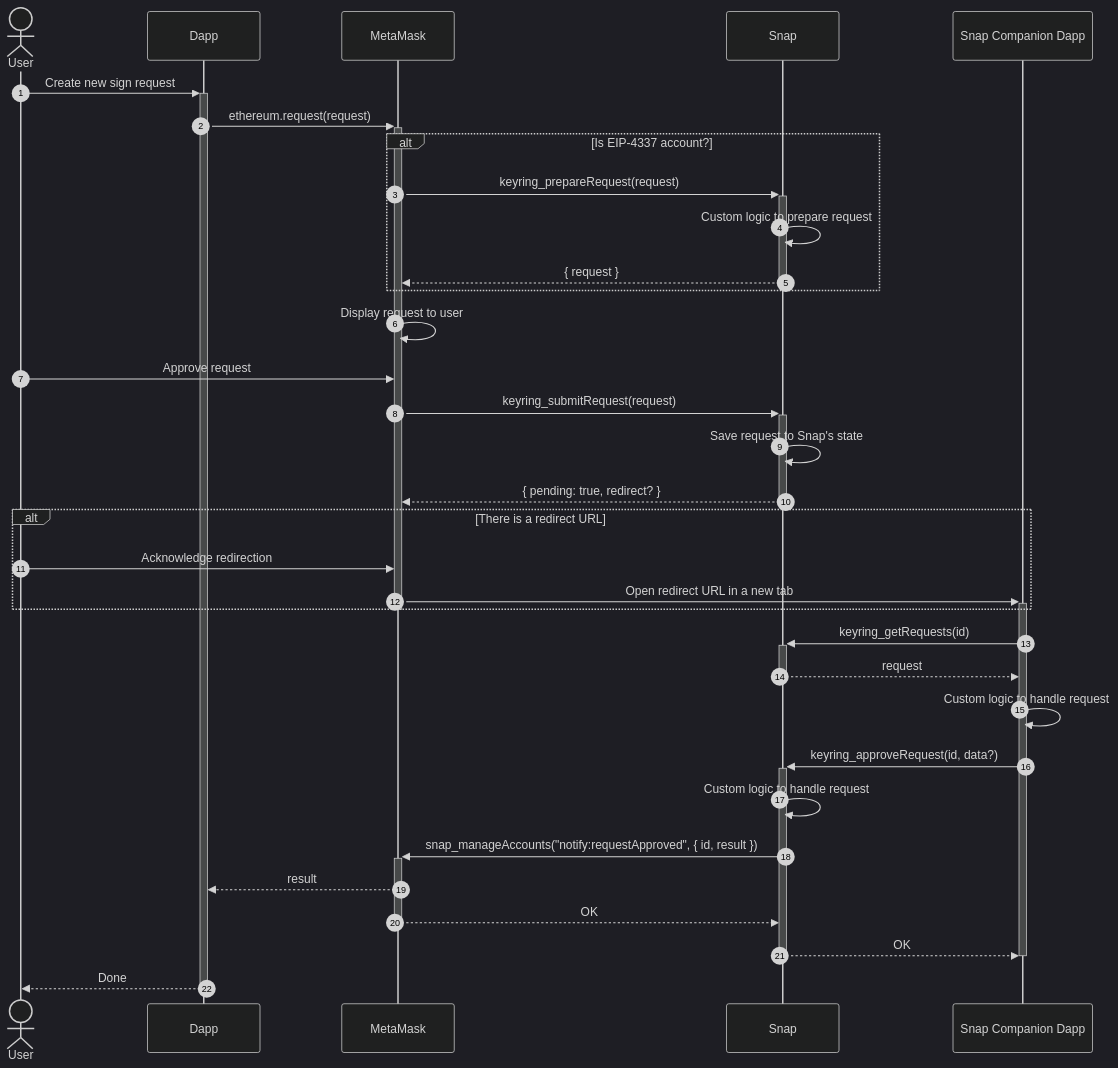
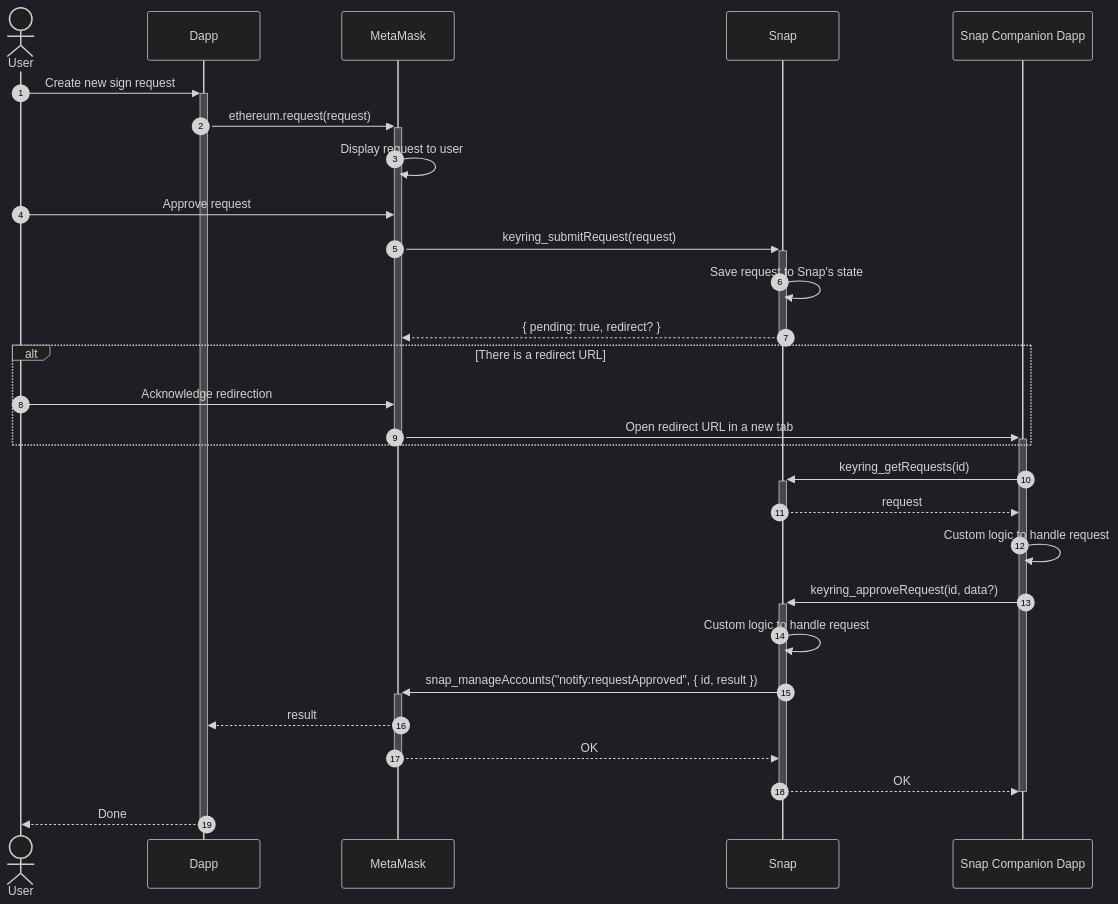
Before and after one commit to MetaMask/keyring-api: the fifth of 6 diagrams in docs/architecture.md, drawn with Mermaid (dark theme). The commit also changed other lines of this file and 2 other files, not shown here.

````diff
--- a/docs/architecture.md
+++ b/docs/architecture.md
@@ -154,44 +154,39 @@
 ```mermaid
 sequenceDiagram
 autonumber
 
 actor User
 participant Dapp
 participant MetaMask
 participant Snap
 participant Site as Snap Companion Dapp
 
 User ->>+ Dapp: Create new sign request
 Dapp ->>+ MetaMask: ethereum.request(request)
-alt Is EIP-4337 account?
-  MetaMask ->>+ Snap: keyring_prepareRequest(request)
-  Snap ->> Snap: Custom logic to prepare request
-  Snap -->>- MetaMask: { request }
-end
 MetaMask ->> MetaMask: Display request to user
 User ->> MetaMask: Approve request
 
 MetaMask ->>+ Snap: keyring_submitRequest(request)
 Snap ->> Snap: Save request to Snap's state
 Snap -->>- MetaMask: { pending: true, redirect? }
 alt There is a redirect URL
   User ->> MetaMask: Acknowledge redirection
   MetaMask ->>+ Site: Open redirect URL in a new tab
 end
 deactivate MetaMask
 
 Site ->>+ Snap: keyring_getRequests(id)
 Snap -->>- Site: request
 
 Site ->> Site: Custom logic to handle request
 Site ->>+ Snap: keyring_approveRequest(id, data?)
 Snap ->> Snap: Custom logic to handle request
 Snap ->>+ MetaMask: snap_manageAccounts("notify:requestApproved", { id, result })
 
 MetaMask -->> Dapp: result
 MetaMask -->>- Snap: OK
 Snap -->>- Site: OK
 deactivate Site
 
 Dapp -->>- User: Done
 ```
````
